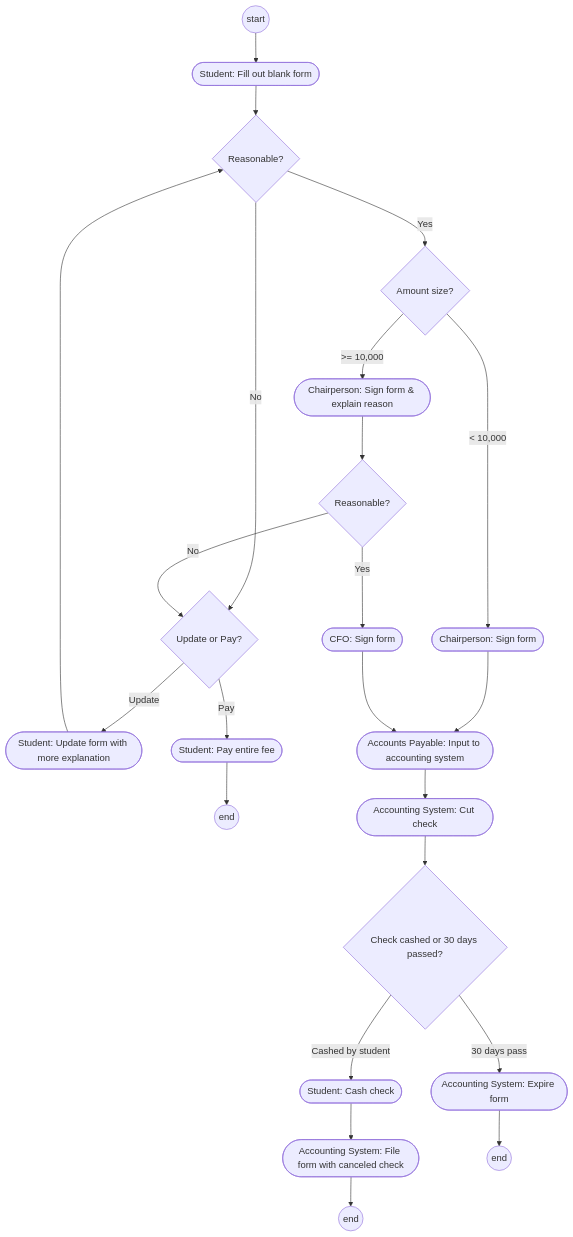
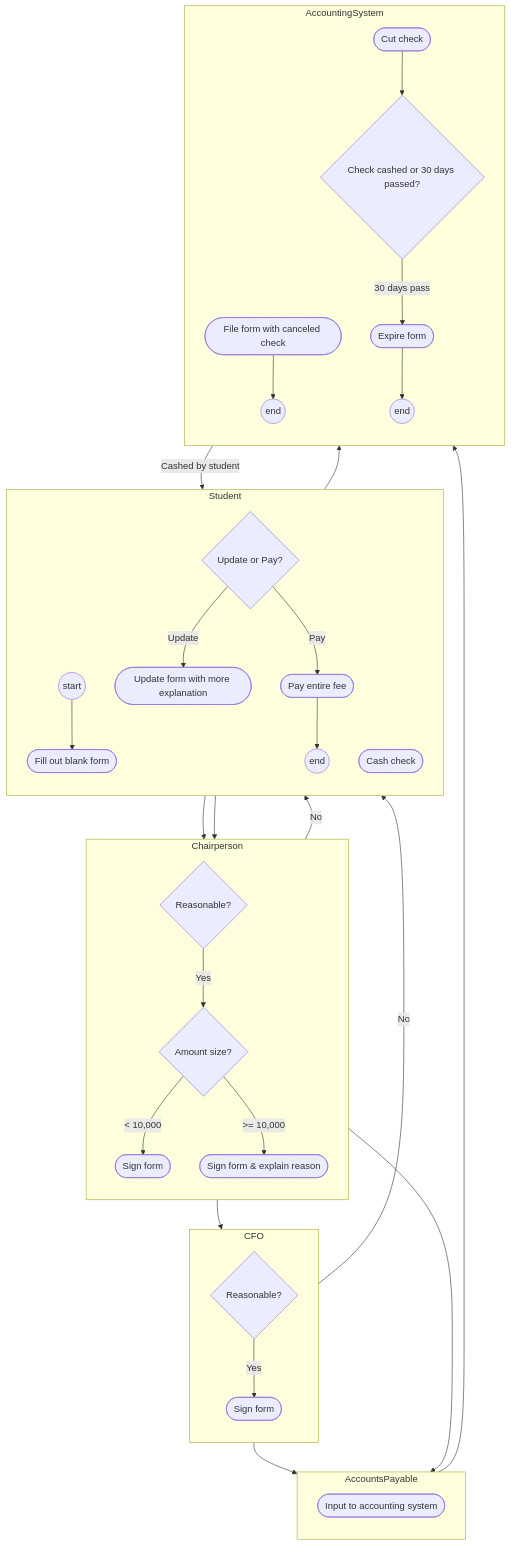
Before and after one commit to sharzilnfz/471: the diagram in study_materials/01_Activity_SAF_Authorization.md, drawn with Mermaid. The commit also changed 8 other files, not shown here.

Commit message:
feat: rewrite all activity diagrams with proper swimlane subgraphs

````diff
--- a/study_materials/01_Activity_SAF_Authorization.md
+++ b/study_materials/01_Activity_SAF_Authorization.md
@@ -78,31 +78,70 @@
 ```mermaid
 graph TD
-    Start((start)) --> FillForm([Student: Fill out blank form])
+    subgraph Student
+        direction TB
+        Start((start))
+        FillForm([Fill out blank form])
+        StudentRejectDec{Update or Pay?}
+        UpdateForm([Update form with more explanation])
+        PayFee([Pay entire fee])
+        End1((end))
+        CashCheck([Cash check])
+    end
 
-    FillForm --> ChairEval{Reasonable?}
-    ChairEval -->|No| StudentRejectDec{Update or Pay?}
-    StudentRejectDec -->|Update| UpdateForm([Student: Update form with more explanation])
+    subgraph Chairperson
+        direction TB
+        ChairEval{Reasonable?}
+        AmountDec{Amount size?}
+        ChairSign([Sign form])
+        ChairSignLarge([Sign form & explain reason])
+    end
+
+    subgraph CFO
+        direction TB
+        CFOEval{Reasonable?}
+        CFOSign([Sign form])
+    end
+
+    subgraph AccountsPayable
+        direction TB
+        APInput([Input to accounting system])
+    end
+
+    subgraph AccountingSystem
+        direction TB
+        CutCheck([Cut check])
+        FilingDec{Check cashed or 30 days passed?}
+        FileForm([File form with canceled check])
+        End2((end))
+        ExpireForm([Expire form])
+        End3((end))
+    end
+
+    Start --> FillForm
+    FillForm --> ChairEval
+    ChairEval -->|No| StudentRejectDec
+    StudentRejectDec -->|Update| UpdateForm
     UpdateForm --> ChairEval
-    StudentRejectDec -->|Pay| PayFee([Student: Pay entire fee])
-    PayFee --> End1((end))
+    StudentRejectDec -->|Pay| PayFee
+    PayFee --> End1
 
-    ChairEval -->|Yes| AmountDec{Amount size?}
-    AmountDec -->|"< 10,000"| ChairSign([Chairperson: Sign form])
-    ChairSign --> APInput([Accounts Payable: Input to accounting system])
-    AmountDec -->|">= 10,000"| ChairSignLarge([Chairperson: Sign form & explain reason])
-    ChairSignLarge --> CFOEval{Reasonable?}
+    ChairEval -->|Yes| AmountDec
+    AmountDec -->|"< 10,000"| ChairSign
+    ChairSign --> APInput
+    AmountDec -->|">= 10,000"| ChairSignLarge
+    ChairSignLarge --> CFOEval
     
     CFOEval -->|No| StudentRejectDec
-    CFOEval -->|Yes| CFOSign([CFO: Sign form])
+    CFOEval -->|Yes| CFOSign
     CFOSign --> APInput
 
-    APInput --> CutCheck([Accounting System: Cut check])
-    CutCheck --> FilingDec{Check cashed or 30 days passed?}
+    APInput --> CutCheck
+    CutCheck --> FilingDec
     
-    FilingDec -->|Cashed by student| CashCheck([Student: Cash check])
-    CashCheck --> FileForm([Accounting System: File form with canceled check])
-    FileForm --> End2((end))
+    FilingDec -->|Cashed by student| CashCheck
+    CashCheck --> FileForm
+    FileForm --> End2
     
-    FilingDec -->|30 days pass| ExpireForm([Accounting System: Expire form])
-    ExpireForm --> End3((end))
+    FilingDec -->|30 days pass| ExpireForm
+    ExpireForm --> End3
 ```
````
